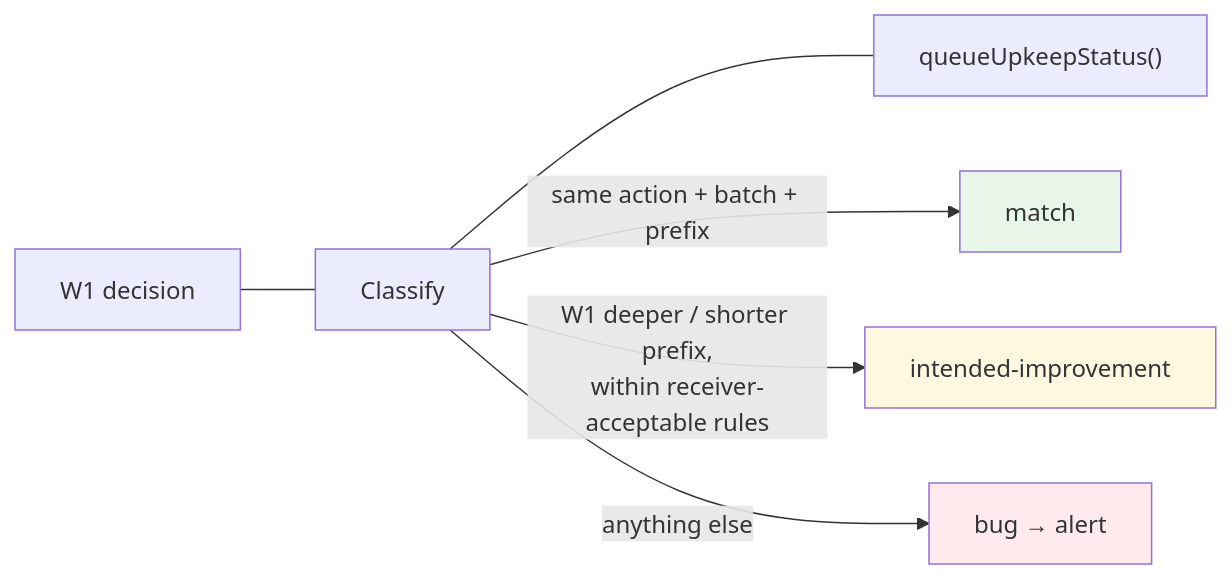
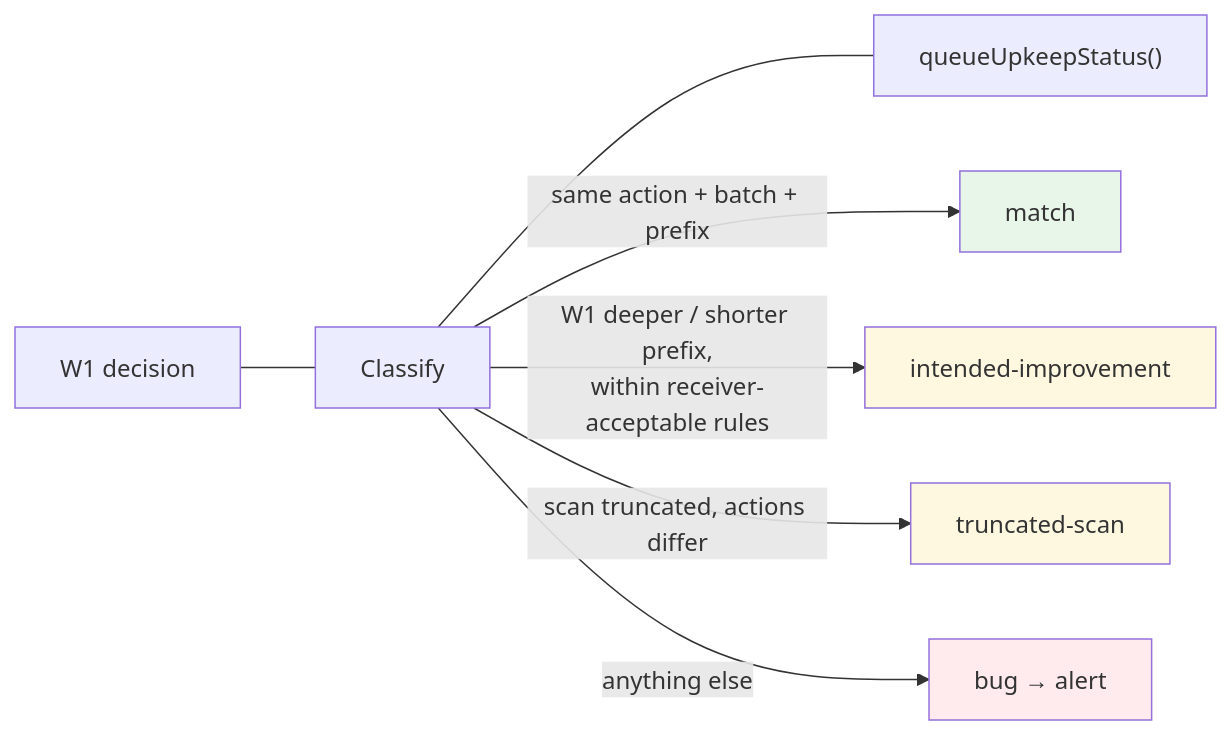
The fifth of 6 diagrams in blueprints/02-w1-queue-keeper.md (everstrat-xyz/keepers), drawn with Mermaid before and after one commit. The commit also changed other lines of this file and 11 other files, not shown here.

````diff
--- a/blueprints/02-w1-queue-keeper.md
+++ b/blueprints/02-w1-queue-keeper.md
@@ -117,10 +120,12 @@
 ```mermaid
 flowchart LR
     WF["W1 decision"] --- CL["Classify"] --- OC["queueUpkeepStatus()"]
     CL -- "same action + batch + prefix" --> M["match"]
     CL -- "W1 deeper / shorter prefix,<br/>within receiver-acceptable rules" --> I["intended-improvement"]
+    CL -- "scan truncated, actions differ" --> T["truncated-scan"]
     CL -- "anything else" --> B["bug → alert"]
     style B fill:#ffebee
     style M fill:#e8f5e9
     style I fill:#fff8e1
+    style T fill:#fff8e1
 ```
````
